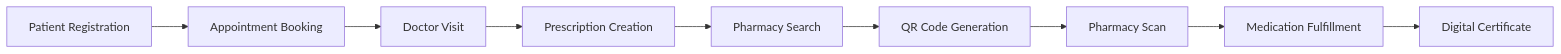
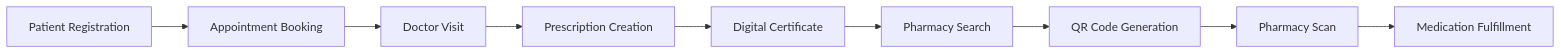
One commit to PIYA-Tech/PIYA-Server changed the diagram in README.md. Above: the diagram before and after it, drawn with Mermaid.

Commit message:
Reorder healthcare flow diagram in README.md for improved clarity and logical progression

````diff
--- a/README.md
+++ b/README.md
@@ -38,11 +38,11 @@
 ```mermaid
 graph LR
     A[Patient Registration] --> B[Appointment Booking]
     B --> C[Doctor Visit]
     C --> D[Prescription Creation]
-    D --> E[Pharmacy Search]
-    E --> F[QR Code Generation]
-    F --> G[Pharmacy Scan]
-    G --> H[Medication Fulfillment]
-    H --> I[Digital Certificate]
+    D --> E[Digital Certificate]
+    E --> F[Pharmacy Search]
+    F --> G[QR Code Generation]
+    G --> H[Pharmacy Scan]
+    H --> I[Medication Fulfillment]
 ```
````
